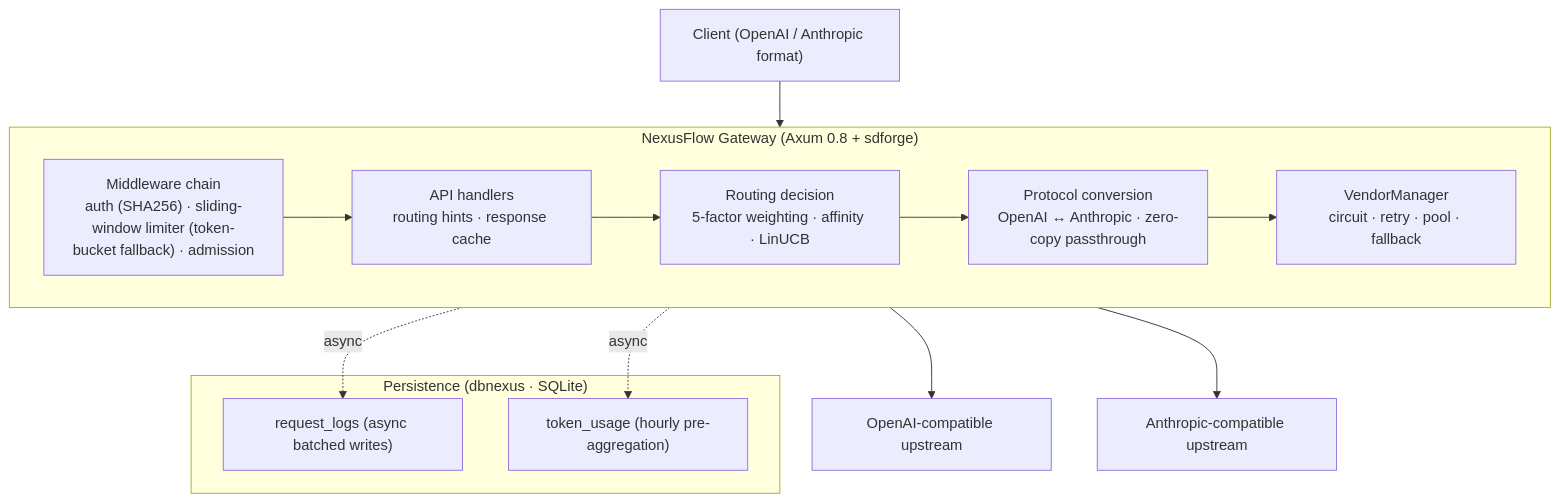
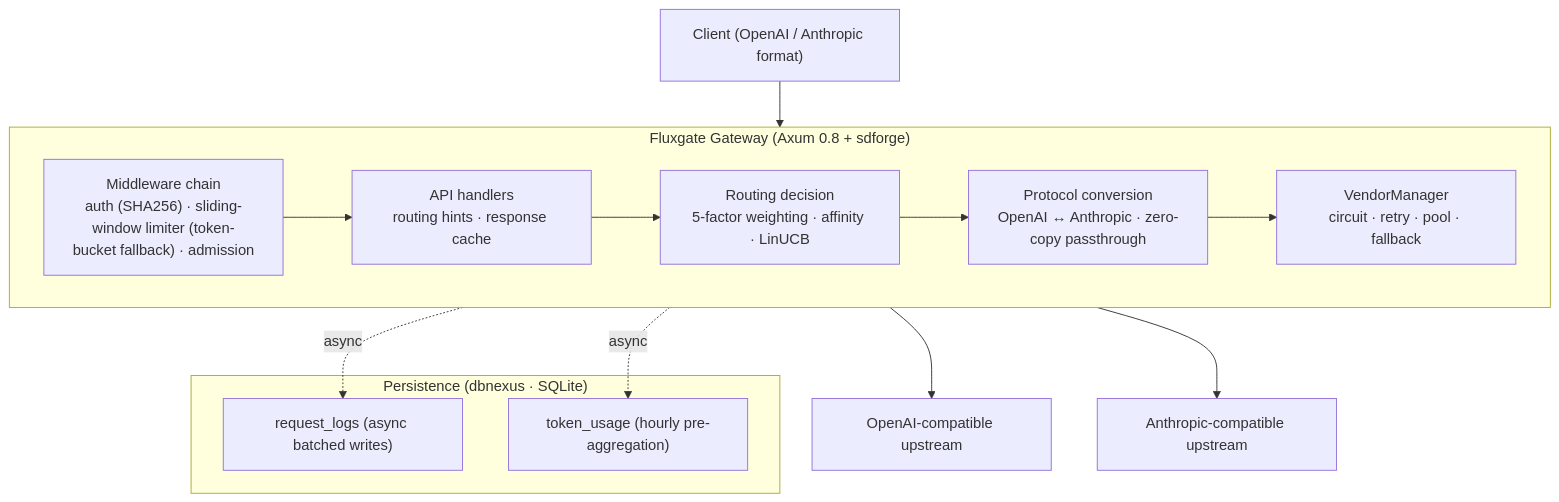
One commit to Kirky-X/fluxgate changed the diagram in README_EN.md. Above: the diagram before and after it, drawn with Mermaid. The commit also changed other lines of this file and 215 other files, not shown here.

First line of the commit message:
refactor: 项目更名 NexusFlow → Fluxgate（crate/env/路径/文档全量切换）

````diff
--- a/README_EN.md
+++ b/README_EN.md
@@ -200,28 +200,28 @@
 ```mermaid
 flowchart TB
     Client["Client (OpenAI / Anthropic format)"]
 
-    subgraph GW["NexusFlow Gateway (Axum 0.8 + sdforge)"]
+    subgraph GW["Fluxgate Gateway (Axum 0.8 + sdforge)"]
         direction LR
         MW["Middleware chain<br/>auth (SHA256) · sliding-window limiter (token-bucket fallback) · admission"]
         Handler["API handlers<br/>routing hints · response cache"]
         Router["Routing decision<br/>5-factor weighting · affinity · LinUCB"]
         Conv["Protocol conversion<br/>OpenAI ↔ Anthropic · zero-copy passthrough"]
         Vendor["VendorManager<br/>circuit · retry · pool · fallback"]
         MW --> Handler --> Router --> Conv --> Vendor
     end
 
     subgraph Store["Persistence (dbnexus · SQLite)"]
         Logs["request_logs (async batched writes)"]
         Agg["token_usage (hourly pre-aggregation)"]
     end
 
     UP1["OpenAI-compatible upstream"]
     UP2["Anthropic-compatible upstream"]
 
     Client --> MW
     Vendor --> UP1
     Vendor --> UP2
     Vendor -. async .-> Logs
     Vendor -. async .-> Agg
 ```
````
